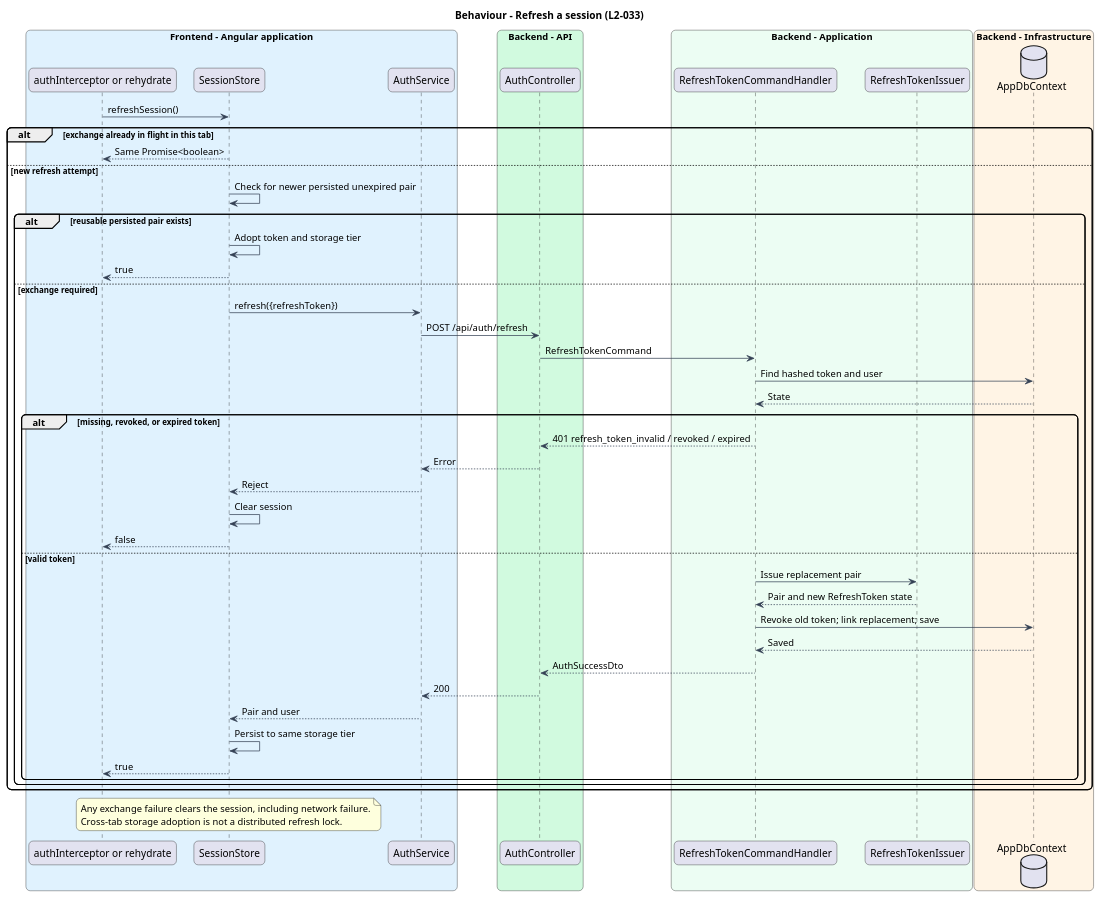
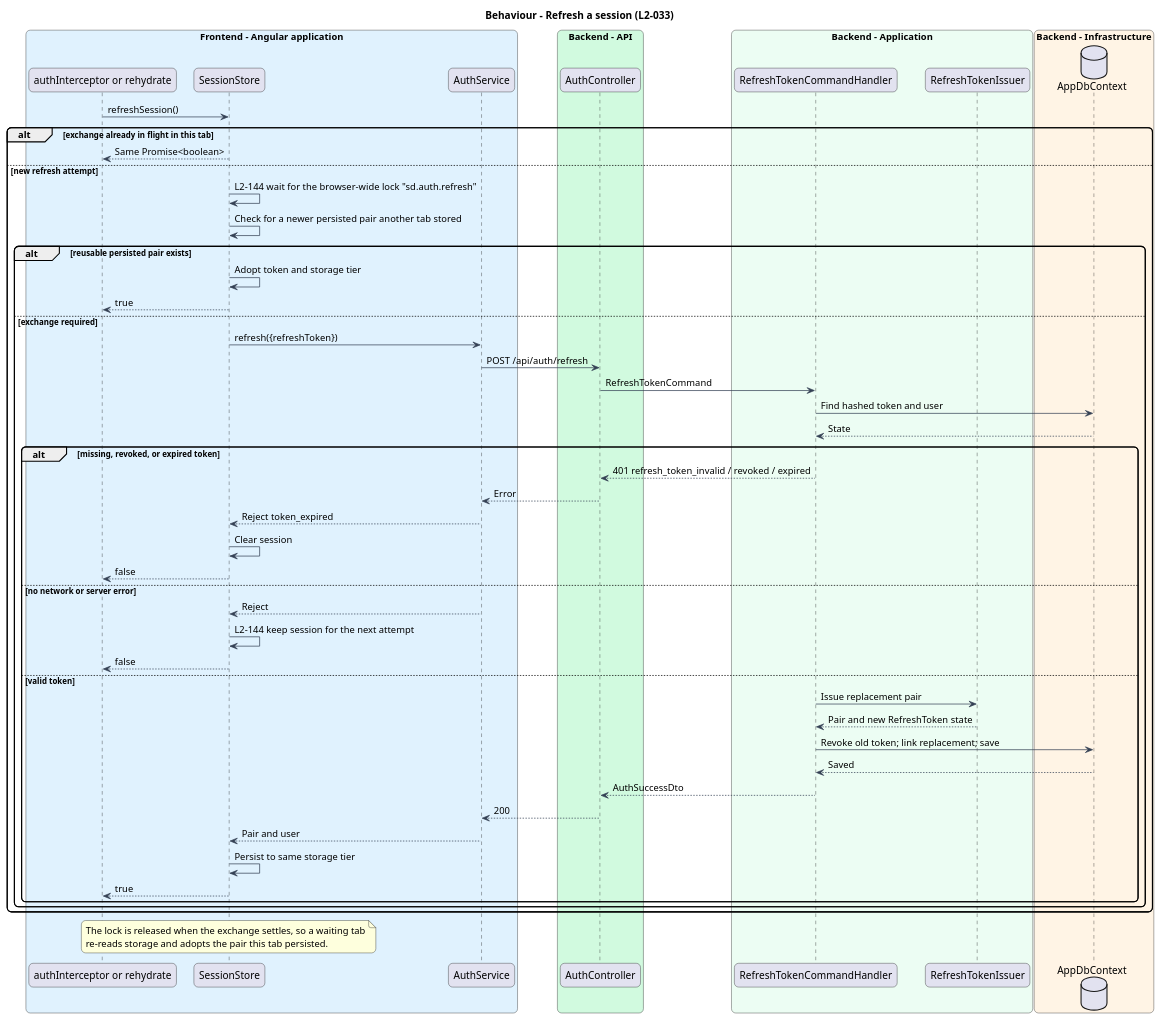
Before and after one commit to QuinntyneBrown/saturdaze: the diagram in docs/detailed-designs/identity-and-access/sign-in-and-maintain-session/diagrams/sequence-refresh.puml, drawn with PlantUML. The commit also changed 9 other files, not shown here.

First line of the commit message:
Keep a session through recoverable refresh failures and refresh once across tabs (L2-144)

```diff
--- a/docs/detailed-designs/identity-and-access/sign-in-and-maintain-session/diagrams/sequence-refresh.puml
+++ b/docs/detailed-designs/identity-and-access/sign-in-and-maintain-session/diagrams/sequence-refresh.puml
@@ -1,61 +1,66 @@
 @startuml
 skinparam backgroundColor #FFFFFF
 skinparam shadowing false
 skinparam roundcorner 12
 skinparam defaultFontName Arial
 skinparam ArrowColor #344054
 
 title Behaviour - Refresh a session (L2-033)
 box "Frontend - Angular application" #E0F2FE
  participant "authInterceptor or rehydrate" as caller
  participant SessionStore as store
  participant AuthService as client
 end box
 box "Backend - API" #D1FADF
  participant AuthController as controller
 end box
 box "Backend - Application" #ECFDF3
  participant RefreshTokenCommandHandler as handler
  participant RefreshTokenIssuer as issuer
 end box
 box "Backend - Infrastructure" #FFF4E5
  database AppDbContext as db
 end box
 caller -> store : refreshSession()
 alt exchange already in flight in this tab
  store --> caller : Same Promise<boolean>
 else new refresh attempt
- store -> store : Check for newer persisted unexpired pair
+ store -> store : L2-144 wait for the browser-wide lock "sd.auth.refresh"
+ store -> store : Check for a newer persisted pair another tab stored
  alt reusable persisted pair exists
  store -> store : Adopt token and storage tier
  store --> caller : true
  else exchange required
  store -> client : refresh({refreshToken})
  client -> controller : POST /api/auth/refresh
  controller -> handler : RefreshTokenCommand
  handler -> db : Find hashed token and user
  db --> handler : State
  alt missing, revoked, or expired token
  handler --> controller : 401 refresh_token_invalid / revoked / expired
  controller --> client : Error
+ client --> store : Reject token_expired
+ store -> store : Clear session
+ store --> caller : false
+ else no network or server error
  client --> store : Reject
- store -> store : Clear session
+ store -> store : L2-144 keep session for the next attempt
  store --> caller : false
  else valid token
  handler -> issuer : Issue replacement pair
  issuer --> handler : Pair and new RefreshToken state
  handler -> db : Revoke old token; link replacement; save
  db --> handler : Saved
  handler --> controller : AuthSuccessDto
  controller --> client : 200
  client --> store : Pair and user
  store -> store : Persist to same storage tier
  store --> caller : true
  end
  end
 end
 note over store
-Any exchange failure clears the session, including network failure.
-Cross-tab storage adoption is not a distributed refresh lock.
+The lock is released when the exchange settles, so a waiting tab
+re-reads storage and adopts the pair this tab persisted.
 end note
 @enduml
```
